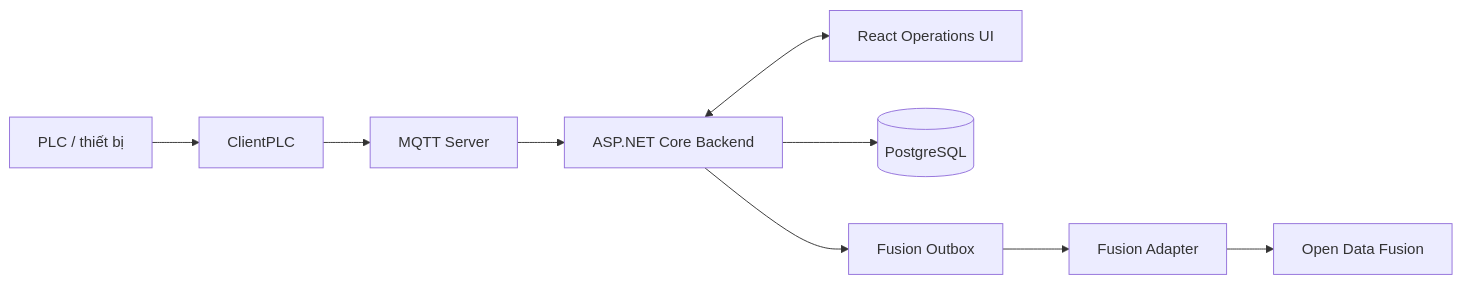
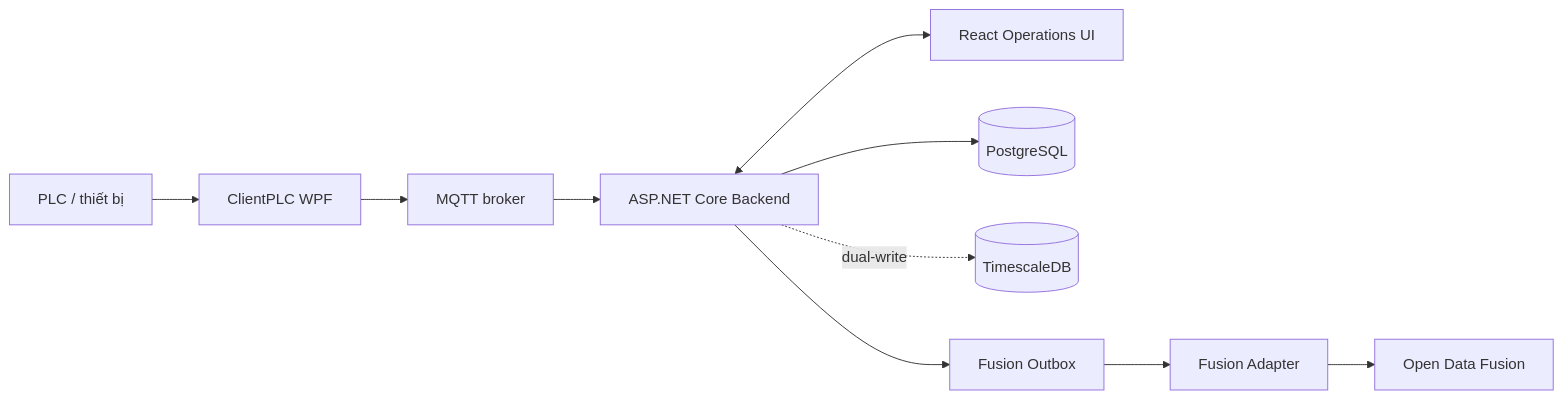
Before and after one commit to HaydernCenterpoint/Foxconn-AI-Solution: the diagram in README.md, drawn with Mermaid. The commit also changed other lines of this file and 6 other files, not shown here.

````diff
--- a/README.md
+++ b/README.md
@@ -22,11 +57,12 @@
 ```mermaid
 flowchart LR
-    PLC[PLC / thiết bị] --> Client[ClientPLC]
-    Client --> MQTT[MQTT Server]
+    PLC[PLC / thiết bị] --> Client[ClientPLC WPF]
+    Client --> MQTT[MQTT broker]
     MQTT --> API[ASP.NET Core Backend]
     API <--> UI[React Operations UI]
     API --> DB[(PostgreSQL)]
+    API -. dual-write .-> TS[(TimescaleDB)]
     API --> Outbox[Fusion Outbox]
     Outbox --> Adapter[Fusion Adapter]
     Adapter --> ODF[Open Data Fusion]
 ```
````
